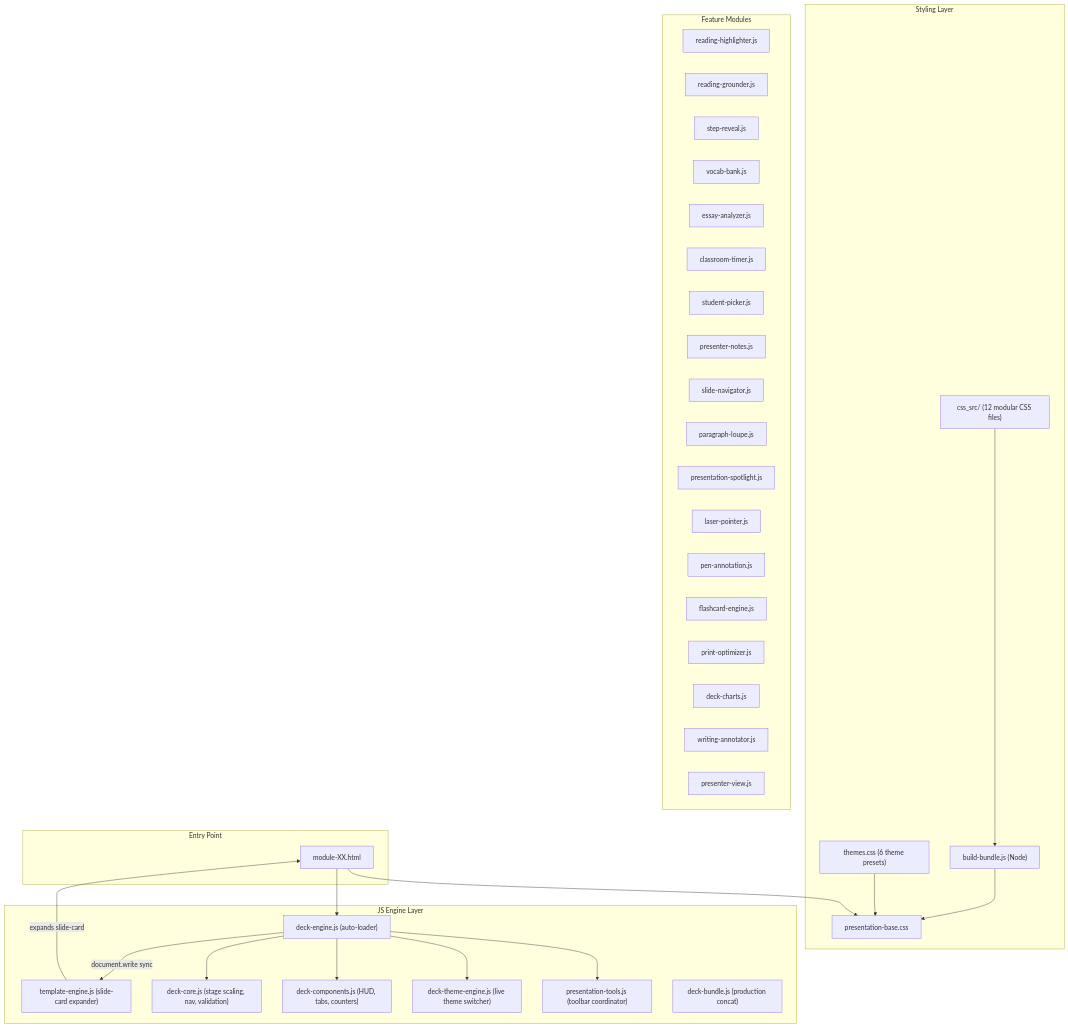
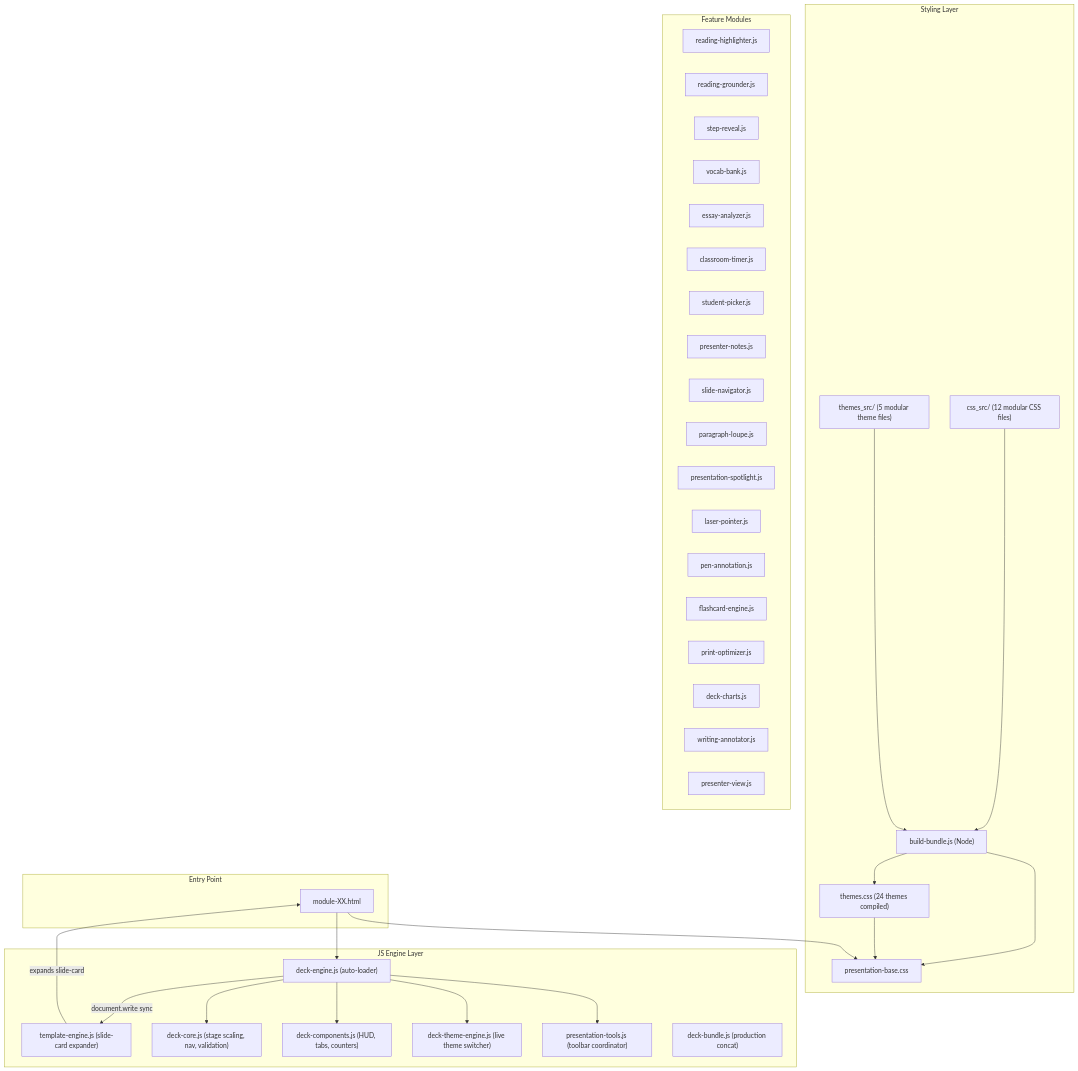
The diagram in .agents/skills/ielts-presentation-authoring/references/architecture_and_rules.md (NeoTetsuya/Expert-IELTS-lessons), drawn with Mermaid before and after one commit. The commit also changed 7 other files, not shown here.

Commit message:
refactor(themes): modularize themes.css into 5 focused modules under themes_src/ with automated build-bundle.js integration

````diff
--- a/.agents/skills/ielts-presentation-authoring/references/architecture_and_rules.md
+++ b/.agents/skills/ielts-presentation-authoring/references/architecture_and_rules.md
@@ -5,55 +5,57 @@
 ```mermaid
 graph TB
     subgraph "Entry Point"
         HTML["module-XX.html"]
     end
 
     subgraph "Styling Layer"
         CSS_SRC["css_src/ (12 modular CSS files)"]
+        THEME_SRC["themes_src/ (5 modular theme files)"]
         BUILD["build-bundle.js (Node)"]
         CSS_OUT["presentation-base.css"]
-        THEMES["themes.css (6 theme presets)"]
+        THEMES["themes.css (24 themes compiled)"]
         CSS_SRC --> BUILD --> CSS_OUT
+        THEME_SRC --> BUILD --> THEMES
         THEMES --> CSS_OUT
     end
 
     subgraph "JS Engine Layer"
         LOADER["deck-engine.js (auto-loader)"]
         TMPL["template-engine.js (slide-card expander)"]
         CORE["deck-core.js (stage scaling, nav, validation)"]
         COMP["deck-components.js (HUD, tabs, counters)"]
         THEME_JS["deck-theme-engine.js (live theme switcher)"]
         TOOLS["presentation-tools.js (toolbar coordinator)"]
         BUNDLE["deck-bundle.js (production concat)"]
     end
 
     subgraph "Feature Modules"
         READ_HL["reading-highlighter.js"]
         READ_GR["reading-grounder.js"]
         STEP["step-reveal.js"]
         VOCAB["vocab-bank.js"]
         ESSAY["essay-analyzer.js"]
         TIMER["classroom-timer.js"]
         PICKER["student-picker.js"]
         NOTES["presenter-notes.js"]
         NAV["slide-navigator.js"]
         LOUPE["paragraph-loupe.js"]
         SPOT["presentation-spotlight.js"]
         LASER["laser-pointer.js"]
         PEN["pen-annotation.js"]
         FLASH["flashcard-engine.js"]
         PRINT["print-optimizer.js"]
         CHARTS["deck-charts.js"]
         WRITE["writing-annotator.js"]
         PVIEW["presenter-view.js"]
     end
 
     HTML --> CSS_OUT
     HTML --> LOADER
     LOADER -->|"document.write sync"| TMPL
     LOADER --> CORE
     LOADER --> COMP
     LOADER --> THEME_JS
     LOADER --> TOOLS
     TMPL -->|"expands slide-card"| HTML
 ```
````
